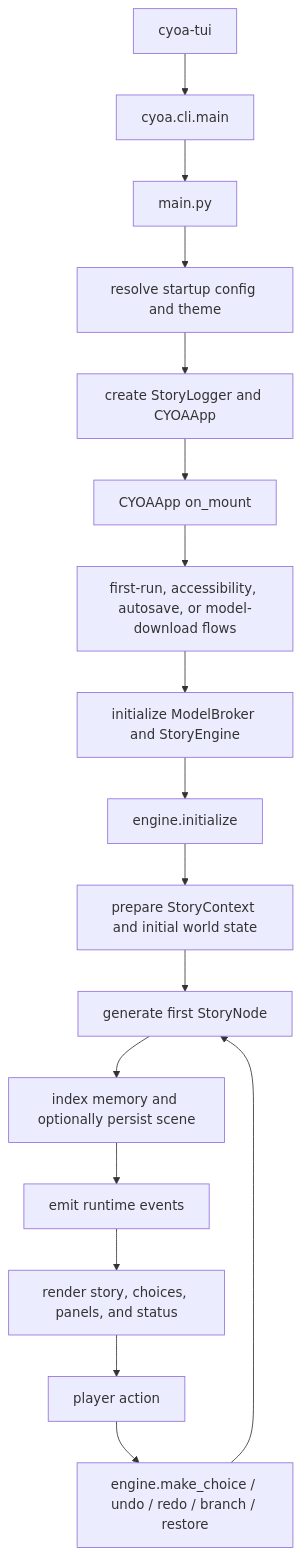
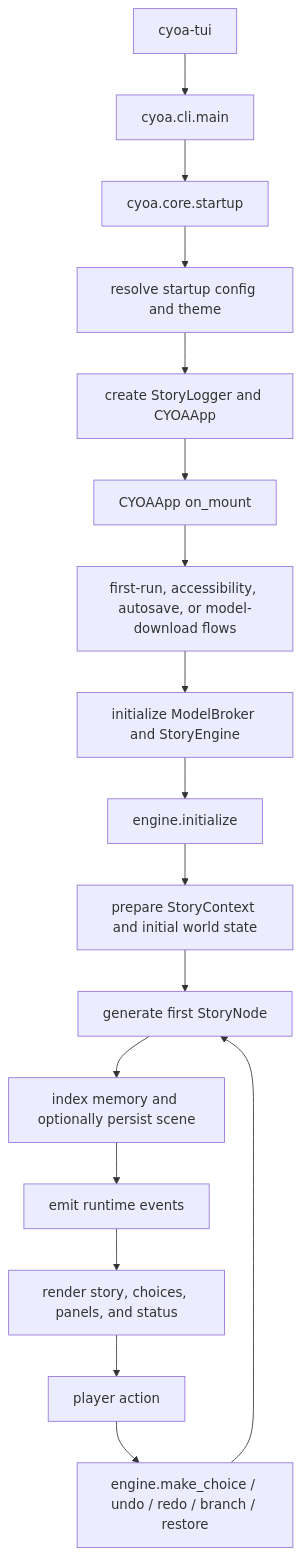
One commit to KishanPipariya/CYOA_TUI changed the diagram in CODEWIKI.md. Above: the diagram before and after it, drawn with Mermaid. The commit also changed other lines of this file and 1 other file, not shown here.

Commit message:
docs: refresh README and architecture map

````diff
--- a/CODEWIKI.md
+++ b/CODEWIKI.md
@@ -262,19 +270,19 @@
 ```mermaid
 flowchart TD
     A[cyoa-tui] --> B[cyoa.cli.main]
-    B --> C[main.py]
+    B --> C[cyoa.core.startup]
     C --> D[resolve startup config and theme]
     D --> E[create StoryLogger and CYOAApp]
     E --> F[CYOAApp on_mount]
     F --> G[first-run, accessibility, autosave, or model-download flows]
     G --> H[initialize ModelBroker and StoryEngine]
     H --> I[engine.initialize]
     I --> J[prepare StoryContext and initial world state]
     J --> K[generate first StoryNode]
     K --> L[index memory and optionally persist scene]
     L --> M[emit runtime events]
     M --> N[render story, choices, panels, and status]
     N --> O[player action]
     O --> P[engine.make_choice / undo / redo / branch / restore]
     P --> K
 ```
````
